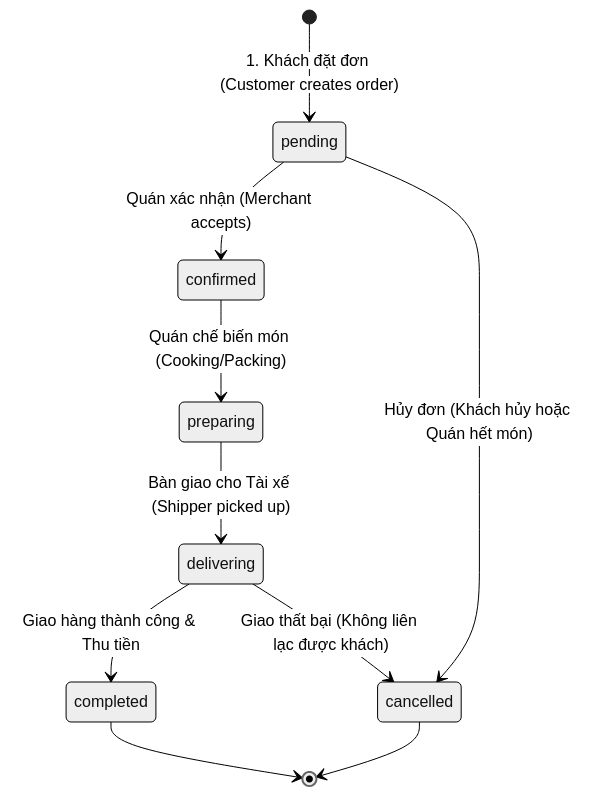
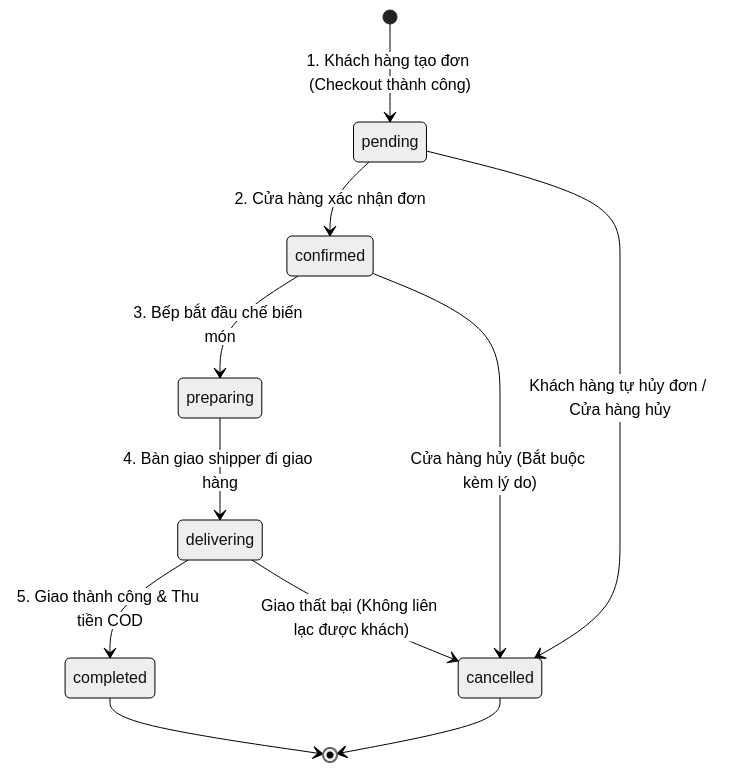
Before and after one commit to TranVanKhoa-503/food-order: the third of 3 diagrams in PROJECT_SPEC.md, drawn with Mermaid (neutral theme). The commit also changed other lines of this file and 88 other files, not shown here.

````diff
--- a/PROJECT_SPEC.md
+++ b/PROJECT_SPEC.md
@@ -286,17 +254,18 @@
 ```mermaid
 stateDiagram-v2
-    [*] --> pending : 1. Khách đặt đơn (Customer creates order)
+    [*] --> pending: 1. Khách hàng tạo đơn (Checkout thành công)
+
+    pending --> confirmed: 2. Cửa hàng xác nhận đơn
+    pending --> cancelled: Khách hàng tự hủy đơn / Cửa hàng hủy
+
+    confirmed --> preparing: 3. Bếp bắt đầu chế biến món
+    confirmed --> cancelled: Cửa hàng hủy (Bắt buộc kèm lý do)
+
+    preparing --> delivering: 4. Bàn giao shipper đi giao hàng
     
-    pending --> confirmed : Quán xác nhận (Merchant accepts)
-    pending --> cancelled : Hủy đơn (Khách hủy hoặc Quán hết món)
-    
-    confirmed --> preparing : Quán chế biến món (Cooking/Packing)
-    
-    preparing --> delivering : Bàn giao cho Tài xế (Shipper picked up)
-    
-    delivering --> completed : Giao hàng thành công & Thu tiền
-    delivering --> cancelled : Giao thất bại (Không liên lạc được khách)
-    
+    delivering --> completed: 5. Giao thành công & Thu tiền COD
+    delivering --> cancelled: Giao thất bại (Không liên lạc được khách)
+
     completed --> [*]
     cancelled --> [*]
 ```
````
